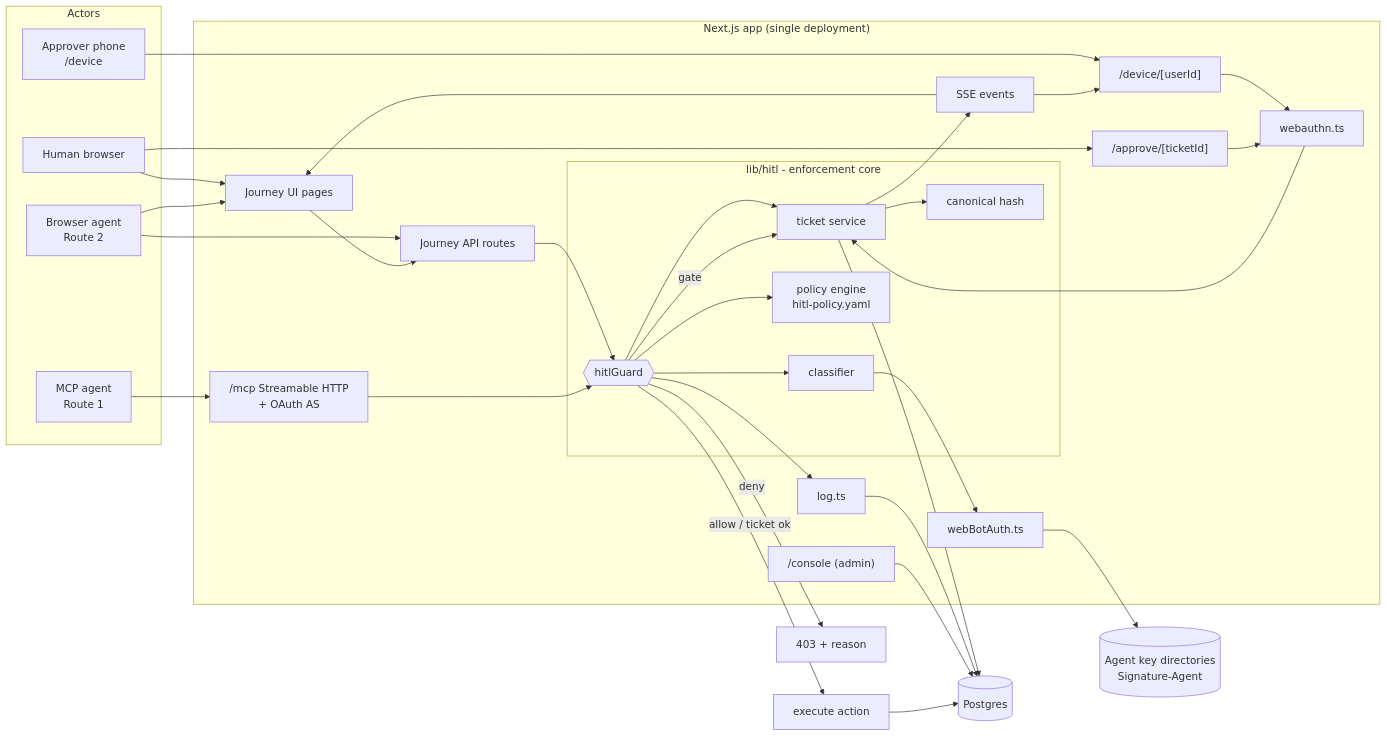
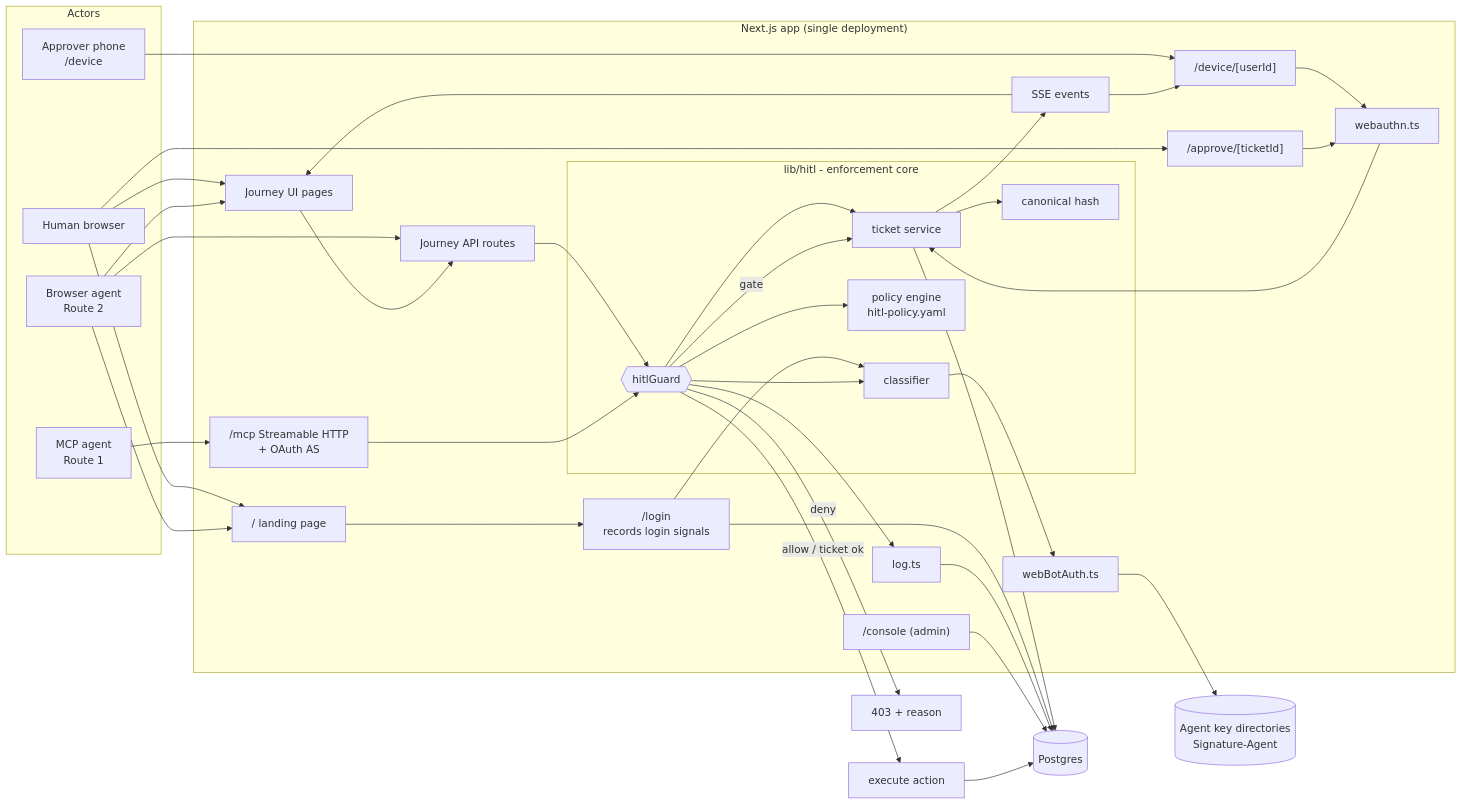
The first of 3 diagrams in docs/architecture.md (WilsonWordsofWisdom/systemsideHITL), drawn with Mermaid before and after one commit. The commit also changed other lines of this file and 2 other files, not shown here.

First line of the commit message:
Expand architecture: sign-in, actor derivation, controls, session handover

````diff
--- a/docs/architecture.md
+++ b/docs/architecture.md
@@ -11,54 +11,61 @@
 ```mermaid
 flowchart LR
   subgraph Actors
     H[Human browser]
     BA[Browser agent<br/>Route 2]
     MA[MCP agent<br/>Route 1]
     PH[Approver phone<br/>/device]
   end
 
   subgraph App["Next.js app (single deployment)"]
+    LP["/ landing page"]
+    LOGIN["/login<br/>records login signals"]
     UI[Journey UI pages]
     API[Journey API routes]
     MCP["/mcp Streamable HTTP<br/>+ OAuth AS"]
     APR["/approve/[ticketId]"]
     DEV["/device/[userId]"]
     SSE[SSE events]
     CON["/console (admin)"]
 
     subgraph Core["lib/hitl - enforcement core"]
       CL[classifier]
       PO[policy engine<br/>hitl-policy.yaml]
       G{{hitlGuard}}
       TK[ticket service]
       HS[canonical hash]
     end
     WA[webauthn.ts]
     WBA[webBotAuth.ts]
     LOG[log.ts]
   end
 
   DB[(Postgres)]
   KD[(Agent key directories<br/>Signature-Agent)]
 
+  H --> LP
+  BA --> LP
+  LP --> LOGIN
+  LOGIN --> CL
+  LOGIN --> DB
   H --> UI
   BA --> UI
   BA --> API
   UI --> API
   MA --> MCP
   API --> G
   MCP --> G
   G --> CL --> WBA --> KD
   G --> PO
   G --> TK --> HS
   TK --> DB
   G --> LOG --> DB
   G -->|allow / ticket ok| EX[execute action] --> DB
   G -->|gate| TK
   G -->|deny| X[403 + reason]
   PH --> DEV --> WA
   H --> APR --> WA --> TK
   TK --> SSE --> UI
   SSE --> DEV
   CON --> DB
 ```
````
